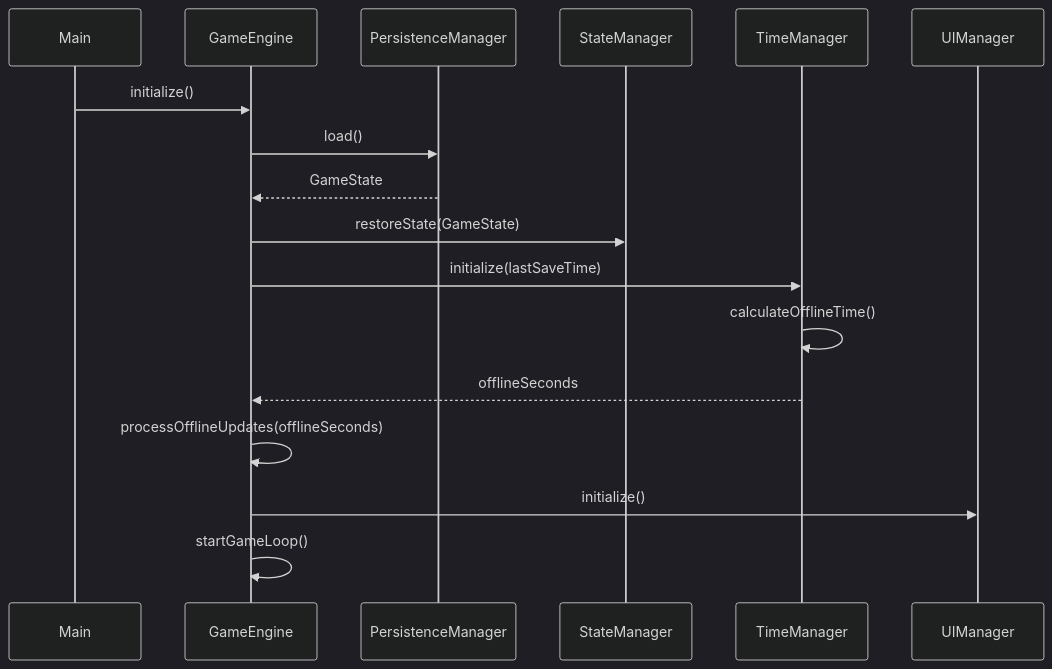
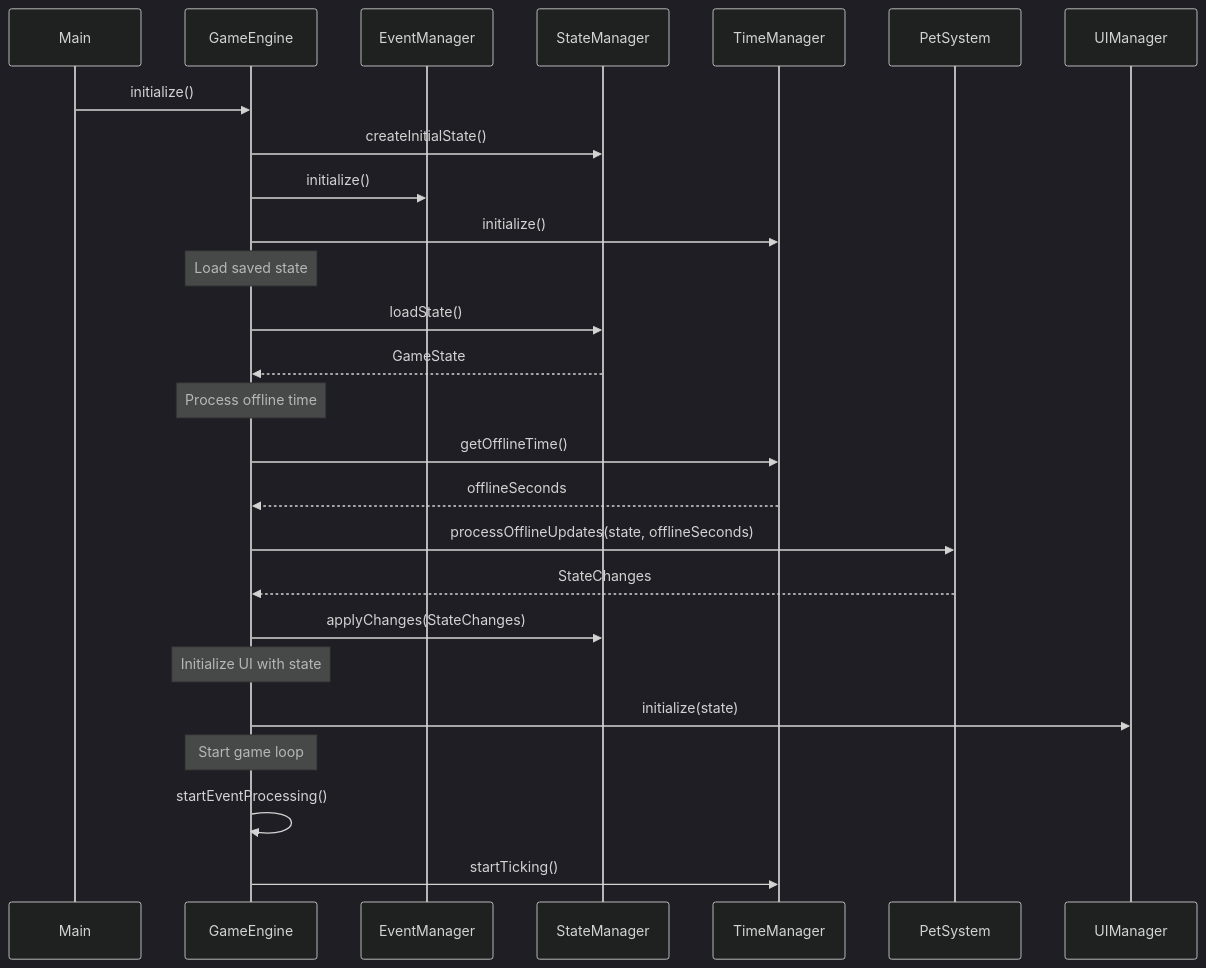
One commit to KnightNiwrem/Digital-Pets-v2 changed the second of 6 diagrams in architecture.md. Above: the diagram before and after it, drawn with Mermaid (dark theme). The commit also changed other lines of this file and 2 other files, not shown here.

Commit message:
Update architecture to reduce coupling

````diff
--- a/architecture.md
+++ b/architecture.md
@@ -919,20 +986,33 @@
 ```mermaid
 sequenceDiagram
     participant M as Main
     participant GE as GameEngine
-    participant PM as PersistenceManager
+    participant EM as EventManager
     participant SM as StateManager
     participant TM as TimeManager
+    participant PS as PetSystem
     participant UI as UIManager
 
     M->>GE: initialize()
-    GE->>PM: load()
-    PM-->>GE: GameState
-    GE->>SM: restoreState(GameState)
-    GE->>TM: initialize(lastSaveTime)
-    TM->>TM: calculateOfflineTime()
+    GE->>SM: createInitialState()
+    GE->>EM: initialize()
+    GE->>TM: initialize()
+    
+    Note over GE: Load saved state
+    GE->>SM: loadState()
+    SM-->>GE: GameState
+    
+    Note over GE: Process offline time
+    GE->>TM: getOfflineTime()
     TM-->>GE: offlineSeconds
-    GE->>GE: processOfflineUpdates(offlineSeconds)
-    GE->>UI: initialize()
-    GE->>GE: startGameLoop()
+    GE->>PS: processOfflineUpdates(state, offlineSeconds)
+    PS-->>GE: StateChanges
+    GE->>SM: applyChanges(StateChanges)
+    
+    Note over GE: Initialize UI with state
+    GE->>UI: initialize(state)
+    
+    Note over GE: Start game loop
+    GE->>GE: startEventProcessing()
+    GE->>TM: startTicking()
 ```
````
